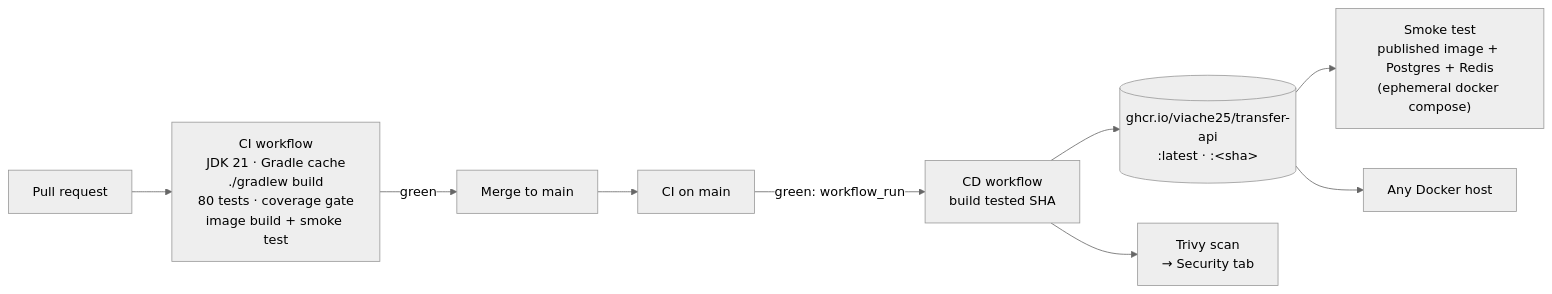
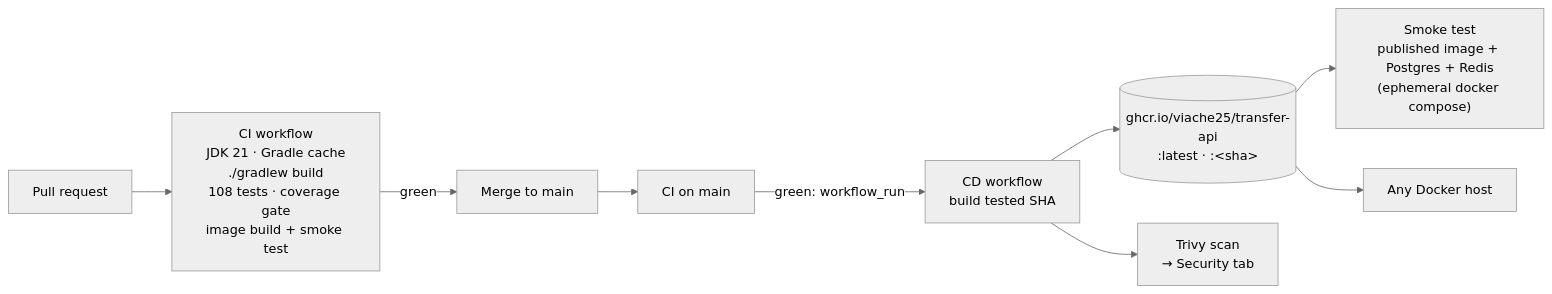
The third of 3 diagrams in README.md (viache25/transfer-api), drawn with Mermaid (neutral theme) before and after one commit. The commit also changed other lines of this file and 16 other files, not shown here.

````diff
--- a/README.md
+++ b/README.md
@@ -410,11 +447,11 @@
 ```mermaid
 flowchart LR
-    PR[Pull request] --> CI["CI workflow<br/>JDK 21 · Gradle cache<br/>./gradlew build<br/>80 tests · coverage gate<br/>image build + smoke test"]
+    PR[Pull request] --> CI["CI workflow<br/>JDK 21 · Gradle cache<br/>./gradlew build<br/>108 tests · coverage gate<br/>image build + smoke test"]
     CI -->|green| M[Merge to main]
     M --> CI2["CI on main"]
     CI2 -->|green: workflow_run| CD["CD workflow<br/>build tested SHA"]
     CD --> R[("ghcr.io/viache25/transfer-api<br/>:latest · :&lt;sha&gt;")]
     CD --> T["Trivy scan<br/>→ Security tab"]
     R --> SM["Smoke test<br/>published image + Postgres + Redis<br/>(ephemeral docker compose)"]
     R --> S[Any Docker host]
 ```
````
